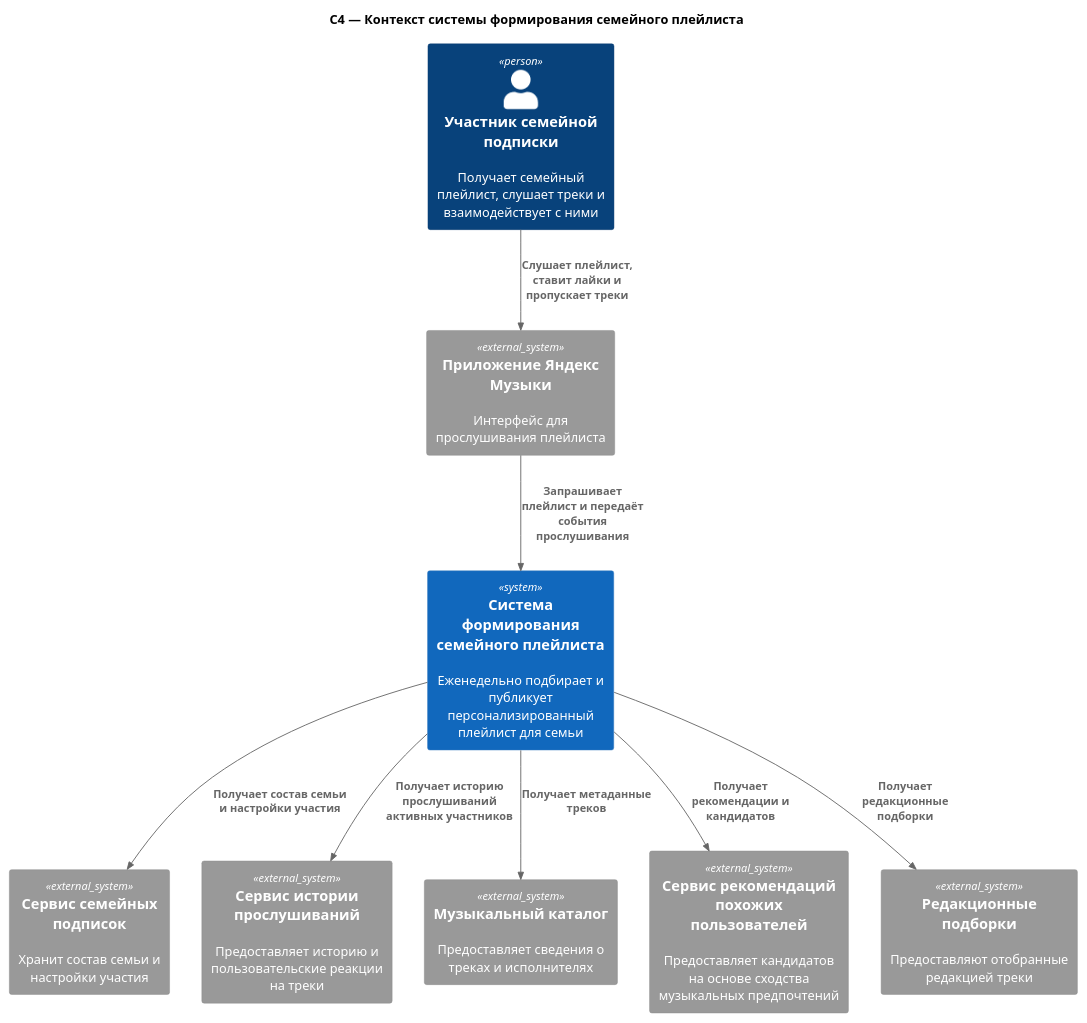
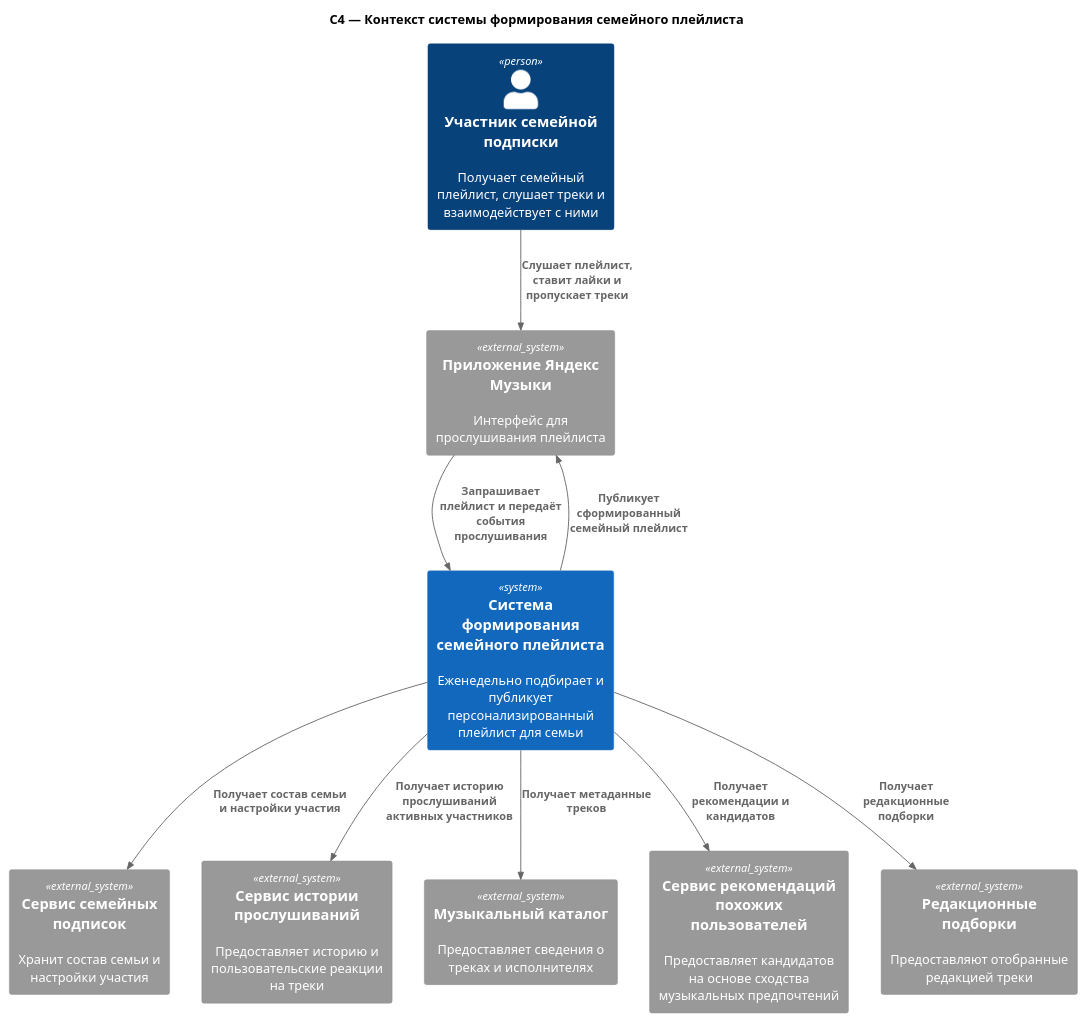
The diagram in diagrams/c4-context.puml (bababoii-byt/mlops-architecture-yandex-music), drawn with PlantUML before and after one commit. The commit also changed 10 other files, not shown here.

Commit message:
Complete ML system architecture design

```diff
--- a/diagrams/c4-context.puml
+++ b/diagrams/c4-context.puml
@@ -1,25 +1,26 @@
 @startuml
-!include https://raw.githubusercontent.com/plantuml-stdlib/C4-PlantUML/master/C4_Context.puml
+!include <C4/C4_Context>
 
 title C4 — Контекст системы формирования семейного плейлиста
 
 Person(user, "Участник семейной подписки", "Получает семейный плейлист, слушает треки и взаимодействует с ними")
 
 System(playlist, "Система формирования семейного плейлиста", "Еженедельно подбирает и публикует персонализированный плейлист для семьи")
 
 System_Ext(app, "Приложение Яндекс Музыки", "Интерфейс для прослушивания плейлиста")
 System_Ext(family, "Сервис семейных подписок", "Хранит состав семьи и настройки участия")
 System_Ext(history, "Сервис истории прослушиваний", "Предоставляет историю и пользовательские реакции на треки")
 System_Ext(catalog, "Музыкальный каталог", "Предоставляет сведения о треках и исполнителях")
 System_Ext(similar, "Сервис рекомендаций похожих пользователей", "Предоставляет кандидатов на основе сходства музыкальных предпочтений")
 System_Ext(editorial, "Редакционные подборки", "Предоставляют отобранные редакцией треки")
 
 Rel(user, app, "Слушает плейлист, ставит лайки и пропускает треки")
 Rel(app, playlist, "Запрашивает плейлист и передаёт события прослушивания")
+Rel(playlist, app, "Публикует сформированный семейный плейлист")
 Rel(playlist, family, "Получает состав семьи и настройки участия")
 Rel(playlist, history, "Получает историю прослушиваний активных участников")
 Rel(playlist, catalog, "Получает метаданные треков")
 Rel(playlist, similar, "Получает рекомендации и кандидатов")
 Rel(playlist, editorial, "Получает редакционные подборки")
 
 @enduml
```
